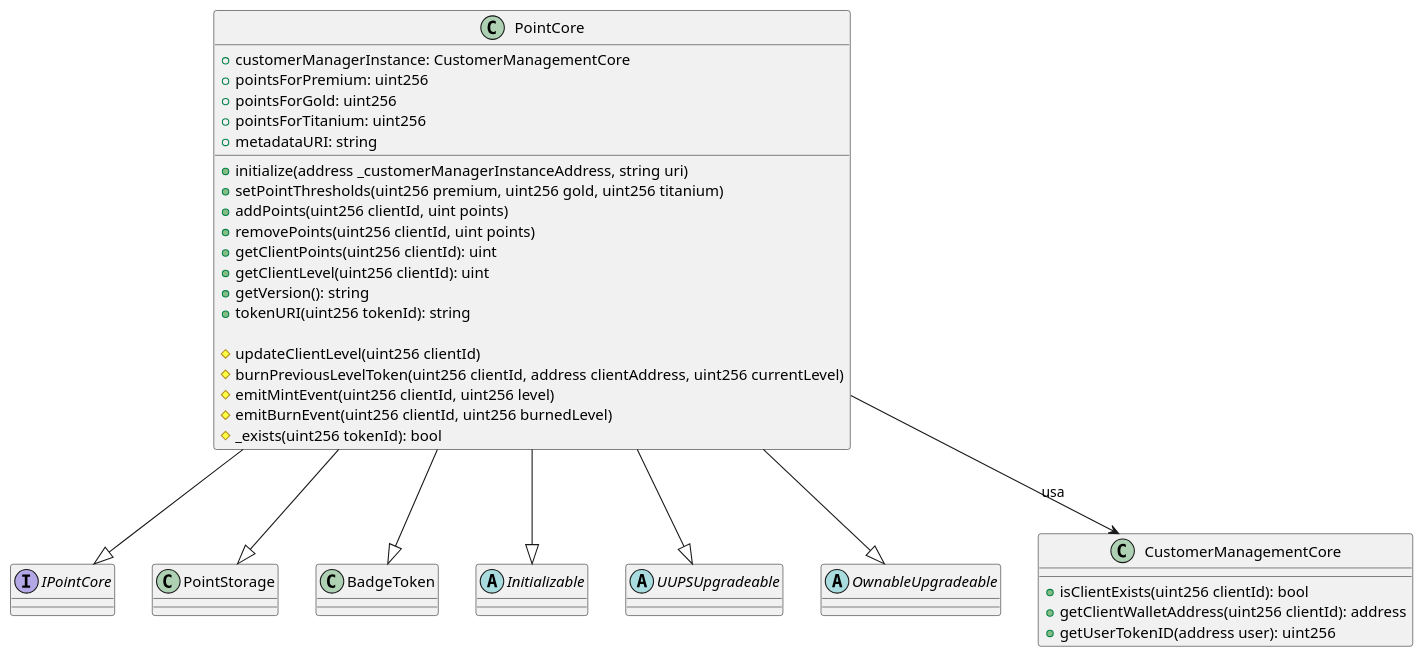
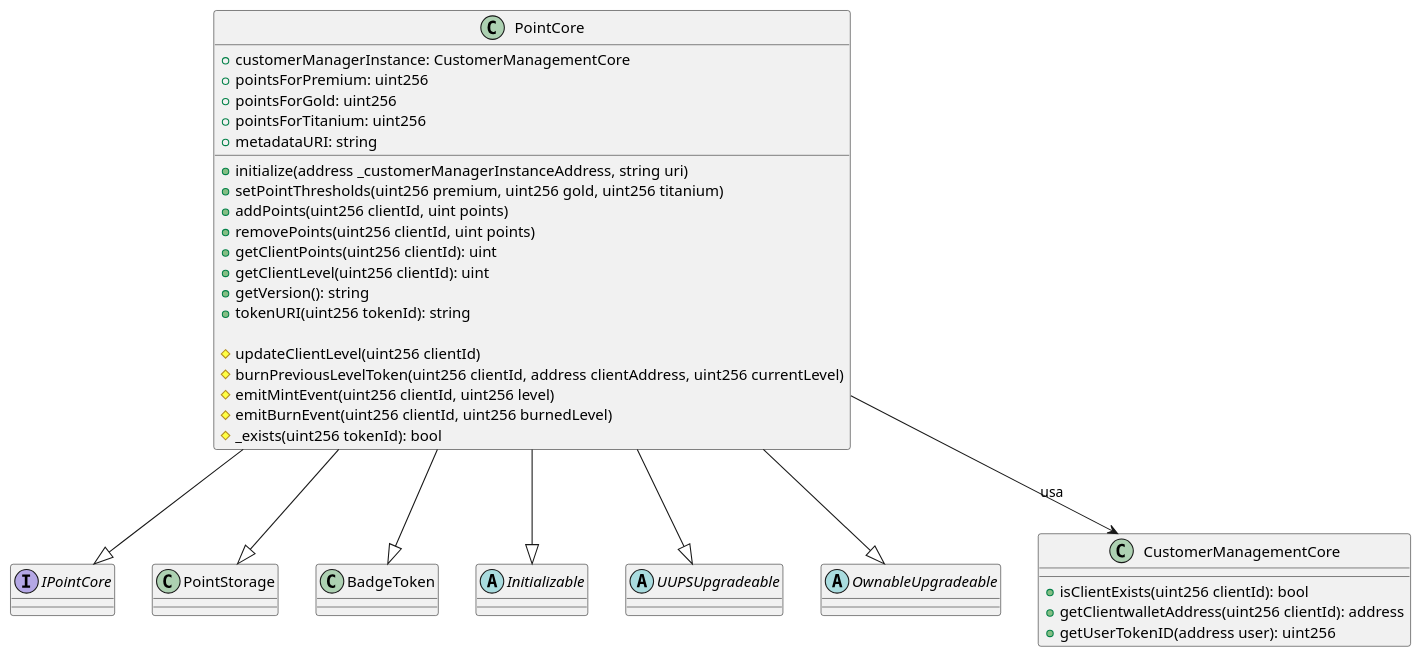
Before and after one commit to renancorreadev/Proxies: the diagram in packages/loyahub-smart-contracts/contracts/@startuml.wsd, drawn with PlantUML. The commit also changed 38 other files, not shown here.

```diff
--- a/packages/loyahub-smart-contracts/contracts/@startuml.wsd
+++ b/packages/loyahub-smart-contracts/contracts/@startuml.wsd
@@ -1,54 +1,54 @@
 @startuml
 ' -- Contractos e Estruturas Importadas --
 
 interface IPointCore
 class PointStorage
 class BadgeToken
 
 ' -- Classes e Heranças --
 abstract class Initializable
 abstract class UUPSUpgradeable
 abstract class OwnableUpgradeable
 class CustomerManagementCore {
     +isClientExists(uint256 clientId): bool
-    +getClientWalletAddress(uint256 clientId): address
+    +getClientwalletAddress(uint256 clientId): address
     +getUserTokenID(address user): uint256
 }
 
 ' -- Classe Principal: PointCore --
 
 class PointCore {
     + customerManagerInstance: CustomerManagementCore
     + pointsForPremium: uint256
     + pointsForGold: uint256
     + pointsForTitanium: uint256
     + metadataURI: string
 
     ' -- Métodos Públicos --
     + initialize(address _customerManagerInstanceAddress, string uri)
     + setPointThresholds(uint256 premium, uint256 gold, uint256 titanium)
     + addPoints(uint256 clientId, uint points)
     + removePoints(uint256 clientId, uint points)
     + getClientPoints(uint256 clientId): uint
     + getClientLevel(uint256 clientId): uint
     + getVersion(): string
     + tokenURI(uint256 tokenId): string
 
     ' -- Métodos Internos --
     # updateClientLevel(uint256 clientId)
     # burnPreviousLevelToken(uint256 clientId, address clientAddress, uint256 currentLevel)
     # emitMintEvent(uint256 clientId, uint256 level)
     # emitBurnEvent(uint256 clientId, uint256 burnedLevel)
     # _exists(uint256 tokenId): bool
 }
 
 ' -- Relacionamentos de Herança e Composição --
 PointCore --|> Initializable
 PointCore --|> UUPSUpgradeable
 PointCore --|> OwnableUpgradeable
 PointCore --|> IPointCore
 PointCore --|> PointStorage
 PointCore --|> BadgeToken
 PointCore --> CustomerManagementCore : usa
 
 @enduml
```
